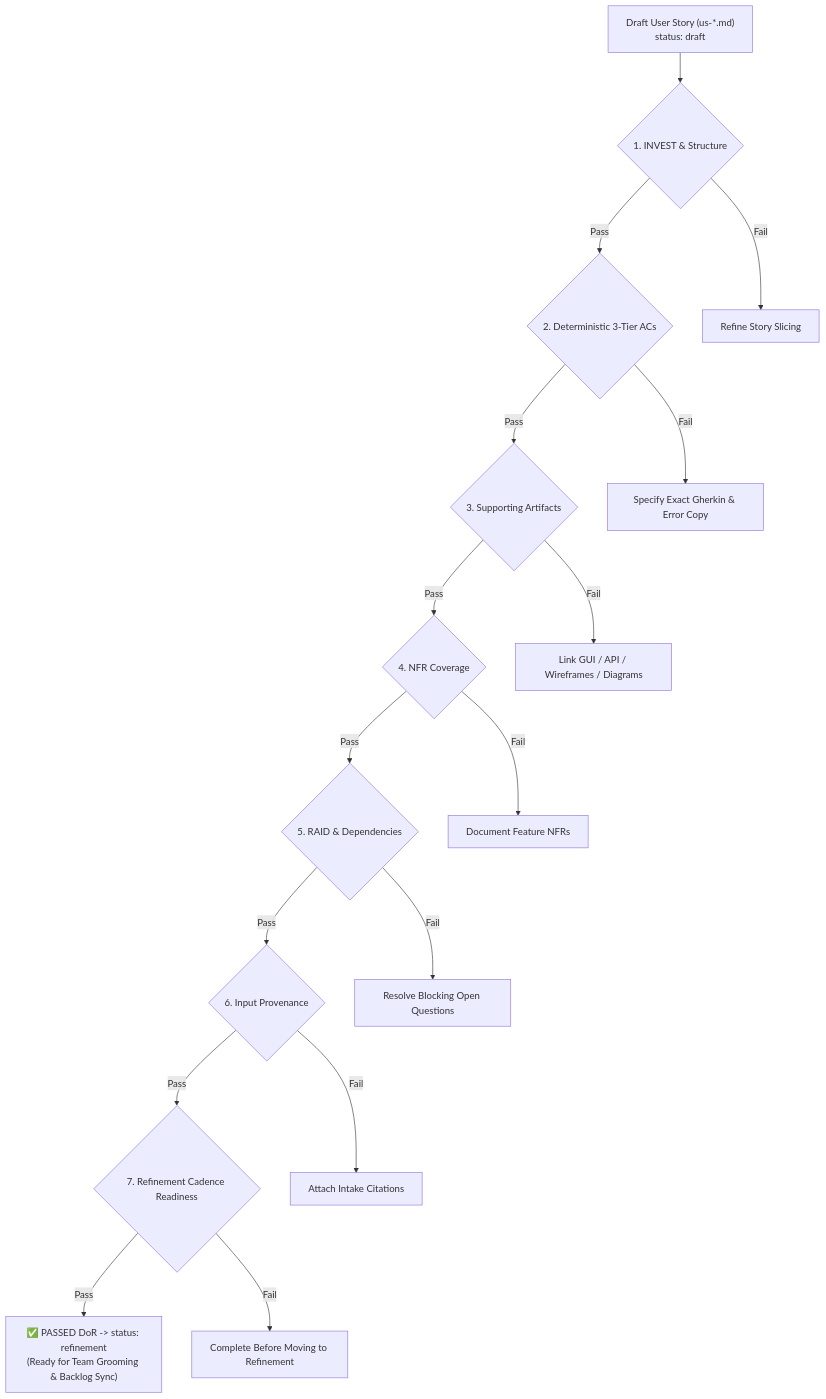
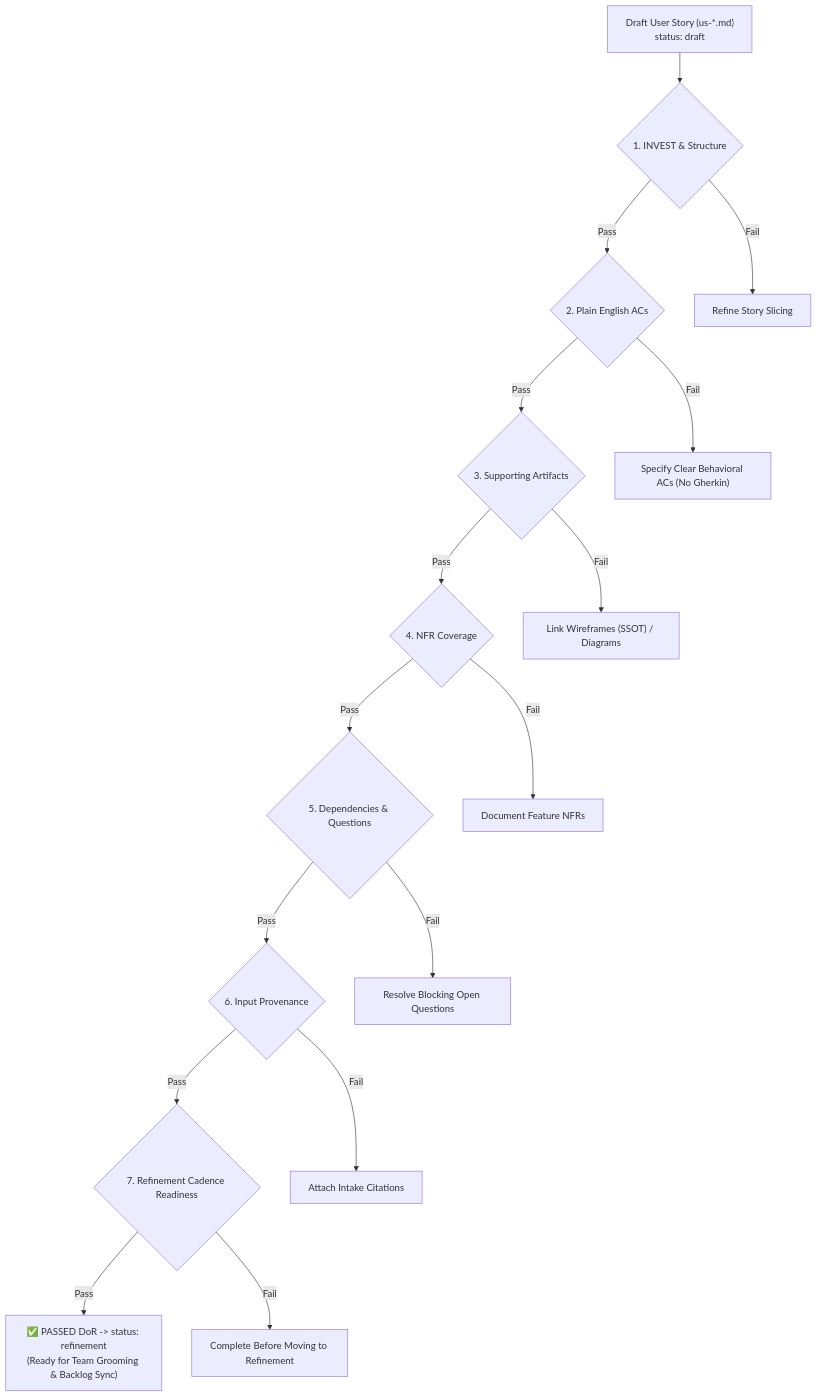
The diagram in .agents/skills/manage-requirement-artifacts/references/definition-of-ready.md (BruceNasher168/detective-wifey), drawn with Mermaid before and after one commit. The commit also changed other lines of this file and 123 other files, not shown here.

````diff
--- a/.agents/skills/manage-requirement-artifacts/references/definition-of-ready.md
+++ b/.agents/skills/manage-requirement-artifacts/references/definition-of-ready.md
@@ -14,18 +14,18 @@
 ```mermaid
 flowchart TD
     US["Draft User Story (us-*.md)\nstatus: draft"] --> C1{"1. INVEST & Structure"}
-    C1 -->|Pass| C2{"2. Deterministic 3-Tier ACs"}
+    C1 -->|Pass| C2{"2. Plain English ACs"}
     C1 -->|Fail| R1["Refine Story Slicing"]
     C2 -->|Pass| C3{"3. Supporting Artifacts"}
-    C2 -->|Fail| R2["Specify Exact Gherkin & Error Copy"]
+    C2 -->|Fail| R2["Specify Clear Behavioral ACs (No Gherkin)"]
     C3 -->|Pass| C4{"4. NFR Coverage"}
-    C3 -->|Fail| R3["Link GUI / API / Wireframes / Diagrams"]
-    C4 -->|Pass| C5{"5. RAID & Dependencies"}
+    C3 -->|Fail| R3["Link Wireframes (SSOT) / Diagrams"]
+    C4 -->|Pass| C5{"5. Dependencies & Questions"}
     C4 -->|Fail| R4["Document Feature NFRs"]
     C5 -->|Pass| C6{"6. Input Provenance"}
     C5 -->|Fail| R5["Resolve Blocking Open Questions"]
     C6 -->|Pass| C7{"7. Refinement Cadence Readiness"}
     C6 -->|Fail| R6["Attach Intake Citations"]
     C7 -->|Pass| READY["✅ PASSED DoR -> status: refinement\n(Ready for Team Grooming & Backlog Sync)"]
     C7 -->|Fail| R7["Complete Before Moving to Refinement"]
 ```
````
